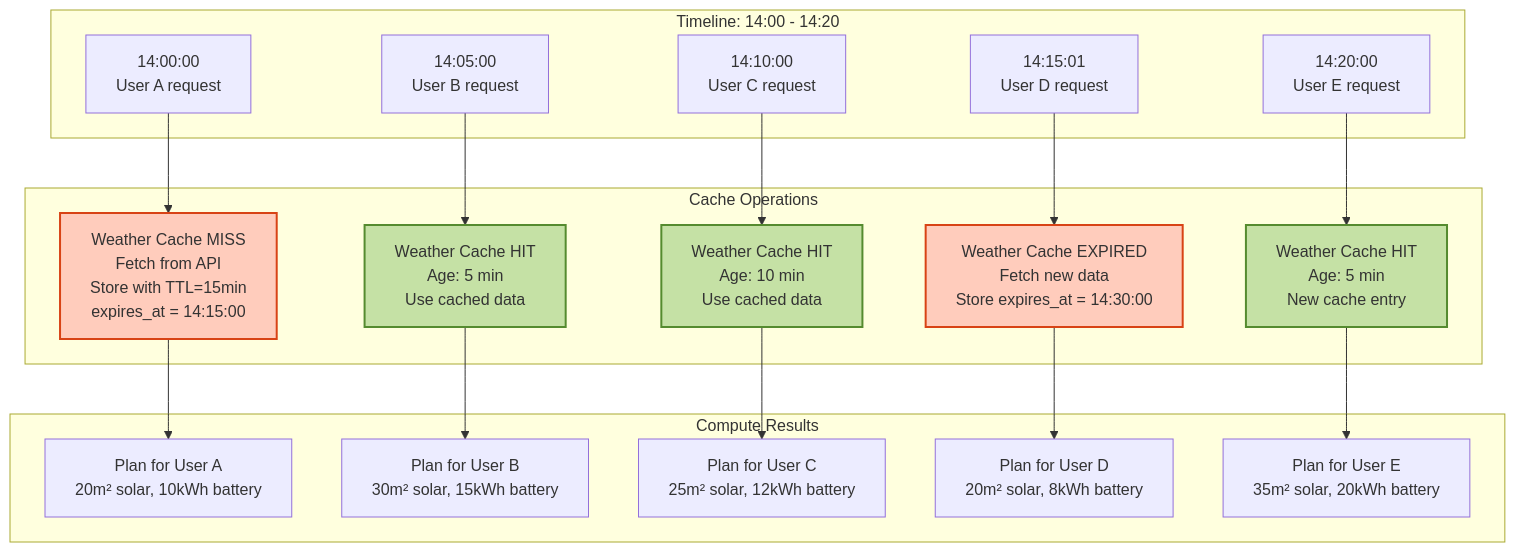
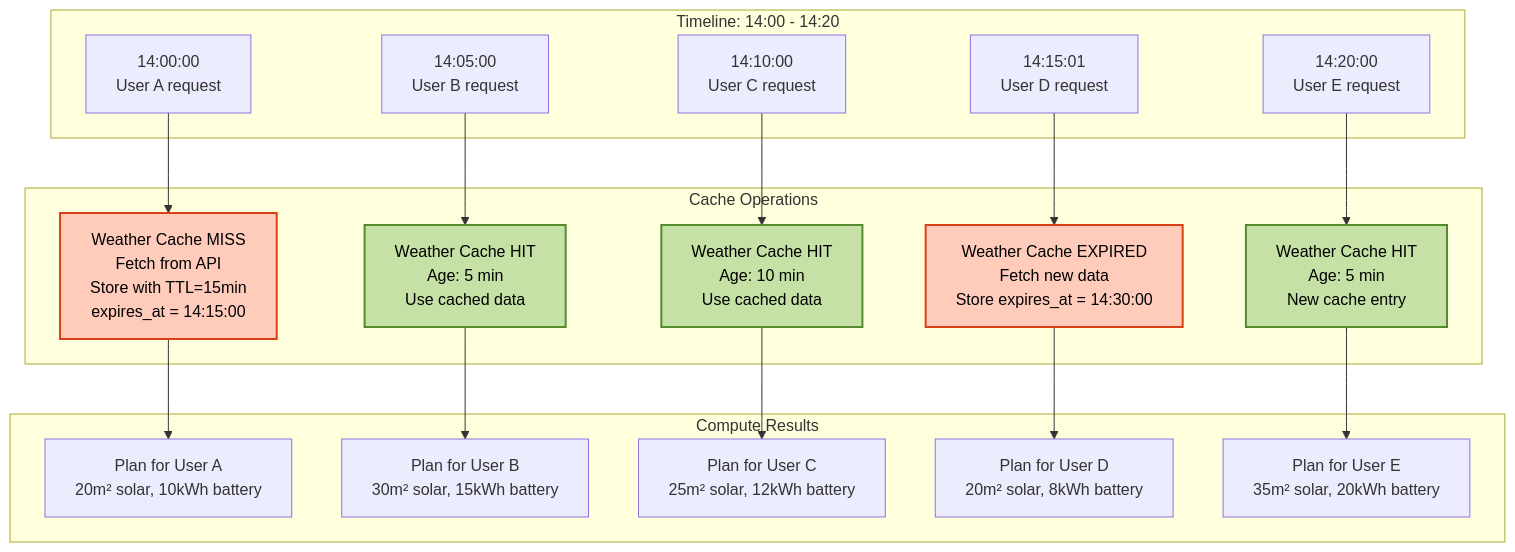
Diagram 17 of 29 in docs/SYSTEM_ARCHITECTURE.md (allejako/GridGuard), drawn with Mermaid before and after one commit. The commit also changed other lines of this file, not shown here.

````diff
--- a/docs/SYSTEM_ARCHITECTURE.md
+++ b/docs/SYSTEM_ARCHITECTURE.md
@@ -1050,38 +1050,38 @@
 ```mermaid
 flowchart TB
     subgraph TIMELINE["Timeline: 14:00 - 14:20"]
         T1[14:00:00<br/>User A request]
         T2[14:05:00<br/>User B request]
         T3[14:10:00<br/>User C request]
         T4[14:15:01<br/>User D request]
         T5[14:20:00<br/>User E request]
     end
 
     subgraph CACHE_OPS["Cache Operations"]
         OP1[Weather Cache MISS<br/>Fetch from API<br/>Store with TTL=15min<br/>expires_at = 14:15:00]
         OP2[Weather Cache HIT<br/>Age: 5 min<br/>Use cached data]
         OP3[Weather Cache HIT<br/>Age: 10 min<br/>Use cached data]
         OP4[Weather Cache EXPIRED<br/>Fetch new data<br/>Store expires_at = 14:30:00]
         OP5[Weather Cache HIT<br/>Age: 5 min<br/>New cache entry]
     end
 
     subgraph RESULTS["Compute Results"]
         R1[Plan for User A<br/>20m² solar, 10kWh battery]
         R2[Plan for User B<br/>30m² solar, 15kWh battery]
         R3[Plan for User C<br/>25m² solar, 12kWh battery]
         R4[Plan for User D<br/>20m² solar, 8kWh battery]
         R5[Plan for User E<br/>35m² solar, 20kWh battery]
     end
 
     T1 --> OP1 --> R1
     T2 --> OP2 --> R2
     T3 --> OP3 --> R3
     T4 --> OP4 --> R4
     T5 --> OP5 --> R5
 
-    style OP1 fill:#ffccbc,stroke:#d84315,stroke-width:2px
-    style OP2 fill:#c5e1a5,stroke:#558b2f,stroke-width:2px
-    style OP3 fill:#c5e1a5,stroke:#558b2f,stroke-width:2px
-    style OP4 fill:#ffccbc,stroke:#d84315,stroke-width:2px
-    style OP5 fill:#c5e1a5,stroke:#558b2f,stroke-width:2px
+    style OP1 fill:#ffccbc,stroke:#d84315,stroke-width:2px,color:#000
+    style OP2 fill:#c5e1a5,stroke:#558b2f,stroke-width:2px,color:#000
+    style OP3 fill:#c5e1a5,stroke:#558b2f,stroke-width:2px,color:#000
+    style OP4 fill:#ffccbc,stroke:#d84315,stroke-width:2px,color:#000
+    style OP5 fill:#c5e1a5,stroke:#558b2f,stroke-width:2px,color:#000
 ```
````
